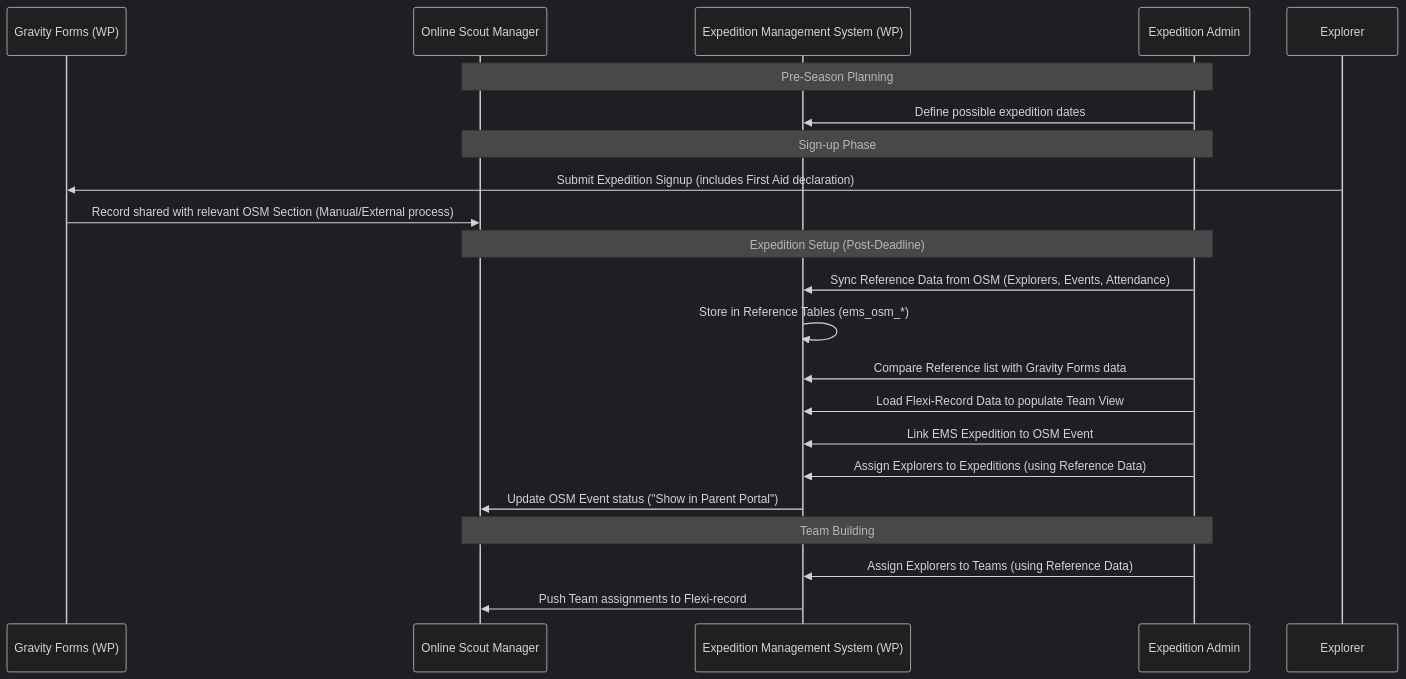
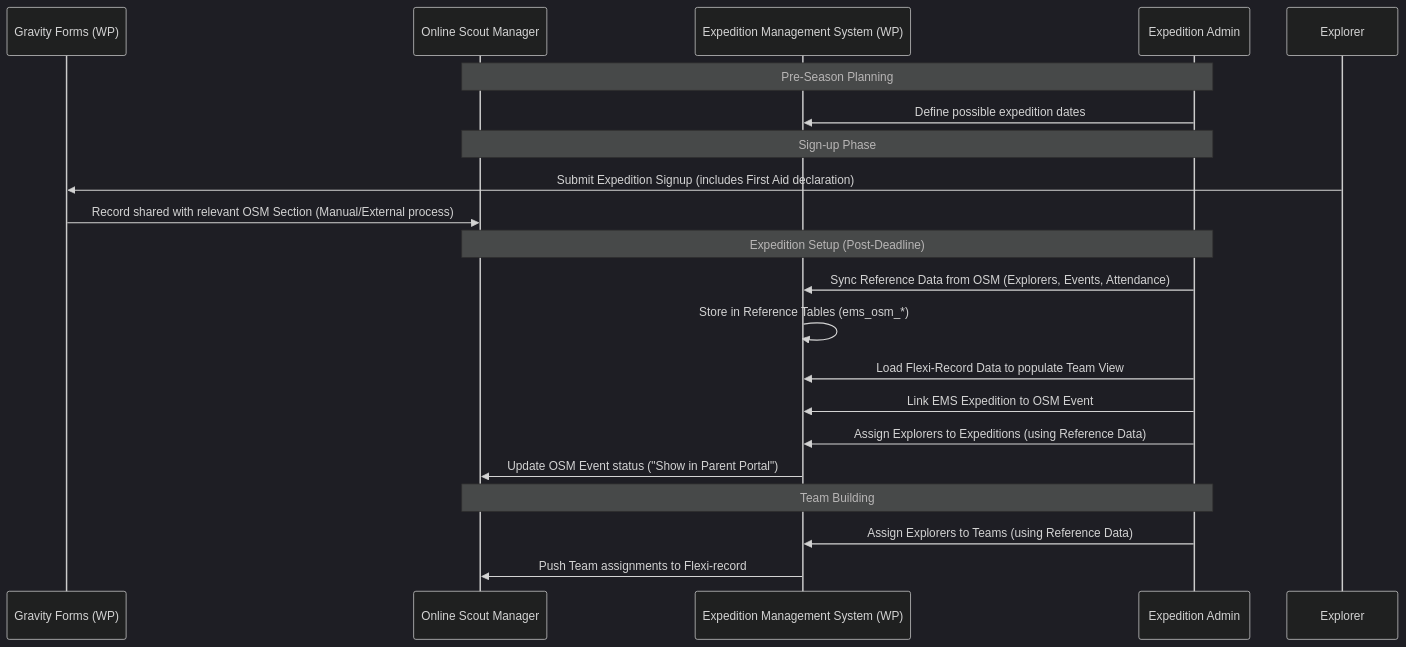
Before and after one commit to circularlizard/expedition-management-system: the diagram in docs/Expedition Management System.md, drawn with Mermaid (dark theme). The commit also changed 4 other files, not shown here.

First line of the commit message:
docs: update documentation to reflect removal of Gravity Forms reconciliation

````diff
--- a/docs/Expedition Management System.md
+++ b/docs/Expedition Management System.md
@@ -37,27 +37,26 @@
 ```mermaid
 sequenceDiagram
     participant GF as Gravity Forms (WP)
     participant OSM as Online Scout Manager
     participant EMS as Expedition Management System (WP)
     participant Admin as Expedition Admin
 
     Note over Admin, OSM: Pre-Season Planning
     Admin->>EMS: Define possible expedition dates
     
     Note over Admin, OSM: Sign-up Phase
     Explorer->>GF: Submit Expedition Signup (includes First Aid declaration)
     GF->>OSM: Record shared with relevant OSM Section (Manual/External process)
     
     Note over Admin, OSM: Expedition Setup (Post-Deadline)
     Admin->>EMS: Sync Reference Data from OSM (Explorers, Events, Attendance)
     EMS->>EMS: Store in Reference Tables (ems_osm_*)
-    Admin->>EMS: Compare Reference list with Gravity Forms data
     Admin->>EMS: Load Flexi-Record Data to populate Team View
     Admin->>EMS: Link EMS Expedition to OSM Event
     Admin->>EMS: Assign Explorers to Expeditions (using Reference Data)
     EMS->>OSM: Update OSM Event status ("Show in Parent Portal")
     
     Note over Admin, OSM: Team Building
     Admin->>EMS: Assign Explorers to Teams (using Reference Data)
     EMS->>OSM: Push Team assignments to Flexi-record
 ```
````
